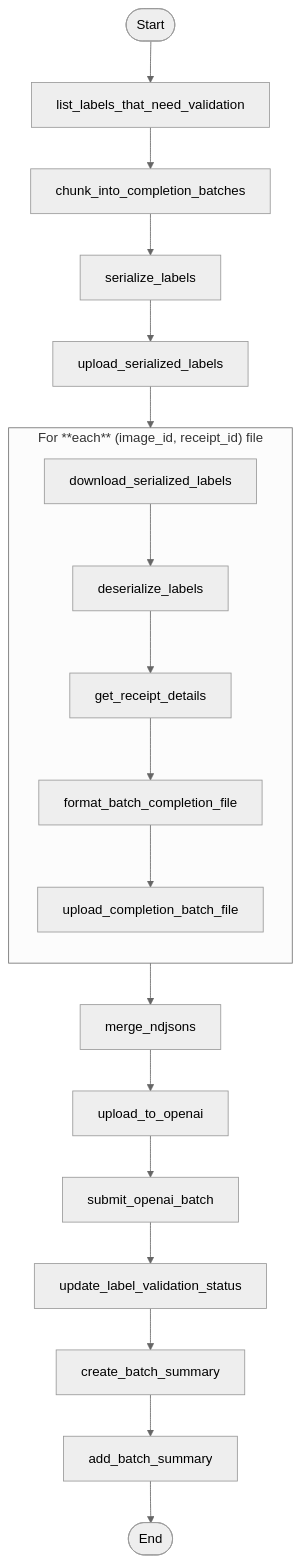
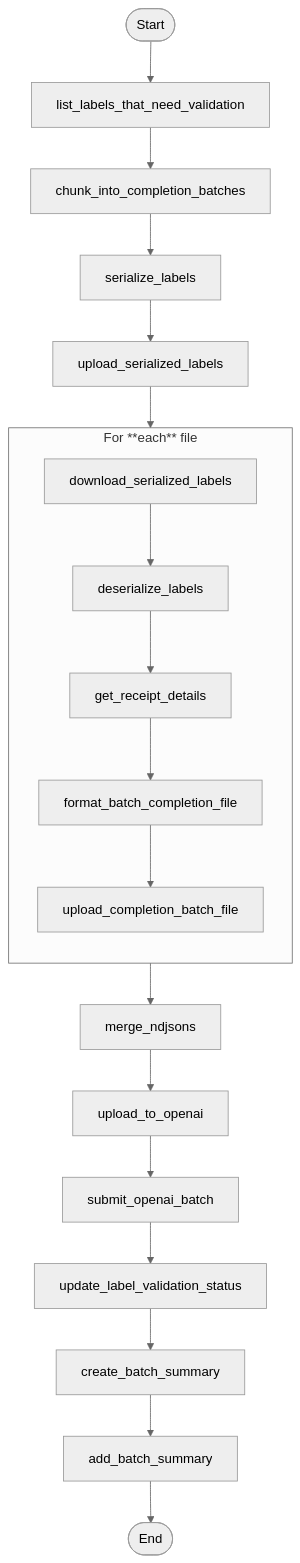
The diagram in receipt_label/receipt_label/submit_completion_batch/README.md (tnorlund/Portfolio), drawn with Mermaid (neutral theme) before and after one commit.

````diff
--- a/receipt_label/receipt_label/submit_completion_batch/README.md
+++ b/receipt_label/receipt_label/submit_completion_batch/README.md
@@ -100,28 +100,28 @@
 ```mermaid
 flowchart TB
     %% ───────── Stage 1  ─────────
     Start([Start]) --> list_labels_that_need_validation
     list_labels_that_need_validation --> chunk_into_completion_batches
     chunk_into_completion_batches --> serialize_labels
     serialize_labels --> upload_serialized_labels
 
     %% ───────── Stage 2 : Map  ─────────
     upload_serialized_labels --> PerReceiptMap
 
-    subgraph PerReceiptMap["For **each** (image_id, receipt_id) file"]
+    subgraph PerReceiptMap["For **each** file"]
         direction TB
         download_serialized_labels --> deserialize_labels
         deserialize_labels --> get_receipt_details
         get_receipt_details --> format_batch_completion_file
         format_batch_completion_file --> upload_completion_batch_file
     end
 
     %% ───────── Stage 3  ─────────
     PerReceiptMap --> merge_ndjsons
     merge_ndjsons --> upload_to_openai
     upload_to_openai --> submit_openai_batch
     submit_openai_batch --> update_label_validation_status
     update_label_validation_status --> create_batch_summary
     create_batch_summary --> add_batch_summary
     add_batch_summary --> End([End])
 ```
````
